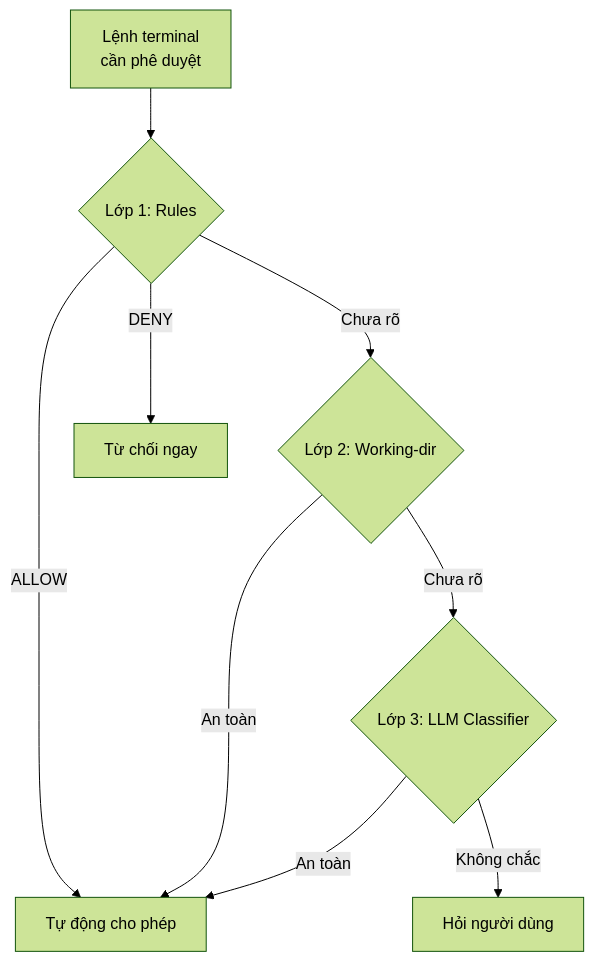
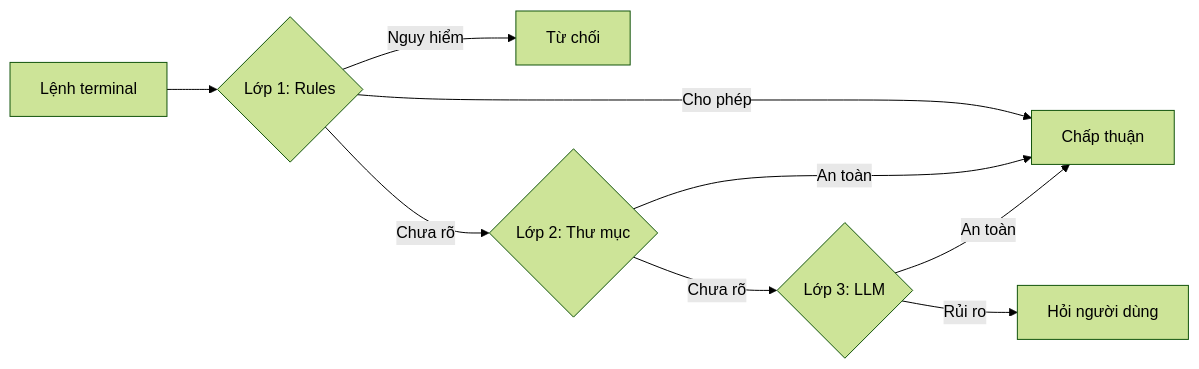
Before and after one commit to nguyengoctin/my_website: the third of 3 diagrams in content/posts/toan-tap-coding-friend-ai-engineering.md, drawn with Mermaid (forest theme). The commit also changed other lines of this file and 32 other files, not shown here.

````diff
--- a/content/posts/toan-tap-coding-friend-ai-engineering.md
+++ b/content/posts/toan-tap-coding-friend-ai-engineering.md
@@ -273,18 +259,11 @@
 ```mermaid
-flowchart TD
-    Cmd["Lệnh terminal<br/>cần phê duyệt"]
-    L1{"Lớp 1: Rules"}
-    L2{"Lớp 2: Working-dir"}
-    L3{"Lớp 3: LLM Classifier"}
-    Allow["Tự động cho phép"]
-    Deny["Từ chối ngay"]
-    Ask["Hỏi người dùng"]
-    Cmd --> L1
-    L1 -->|ALLOW| Allow
-    L1 -->|DENY| Deny
-    L1 -->|Chưa rõ| L2
+flowchart LR
+    Cmd["Lệnh terminal"] --> L1{"Lớp 1: Rules"}
+    L1 -->|Cho phép| Allow["Chấp thuận"]
+    L1 -->|Nguy hiểm| Deny["Từ chối"]
+    L1 -->|Chưa rõ| L2{"Lớp 2: Thư mục"}
     L2 -->|An toàn| Allow
-    L2 -->|Chưa rõ| L3
+    L2 -->|Chưa rõ| L3{"Lớp 3: LLM"}
     L3 -->|An toàn| Allow
-    L3 -->|Không chắc| Ask
+    L3 -->|Rủi ro| Ask["Hỏi người dùng"]
 ```
````
